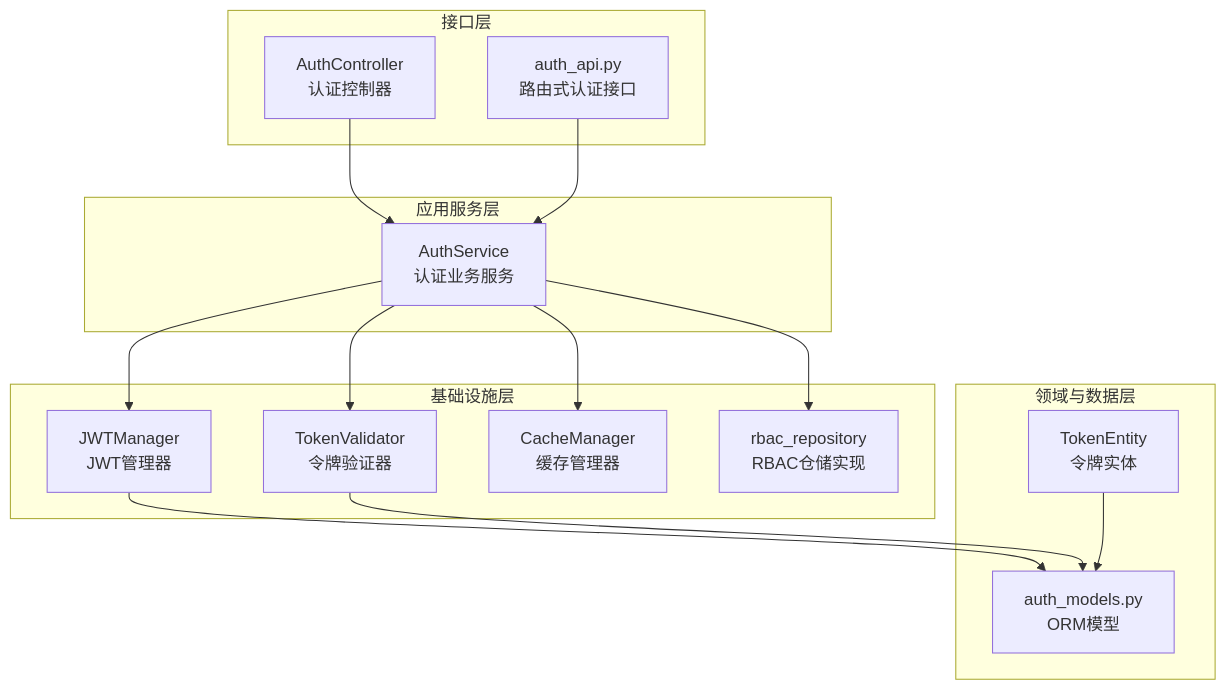
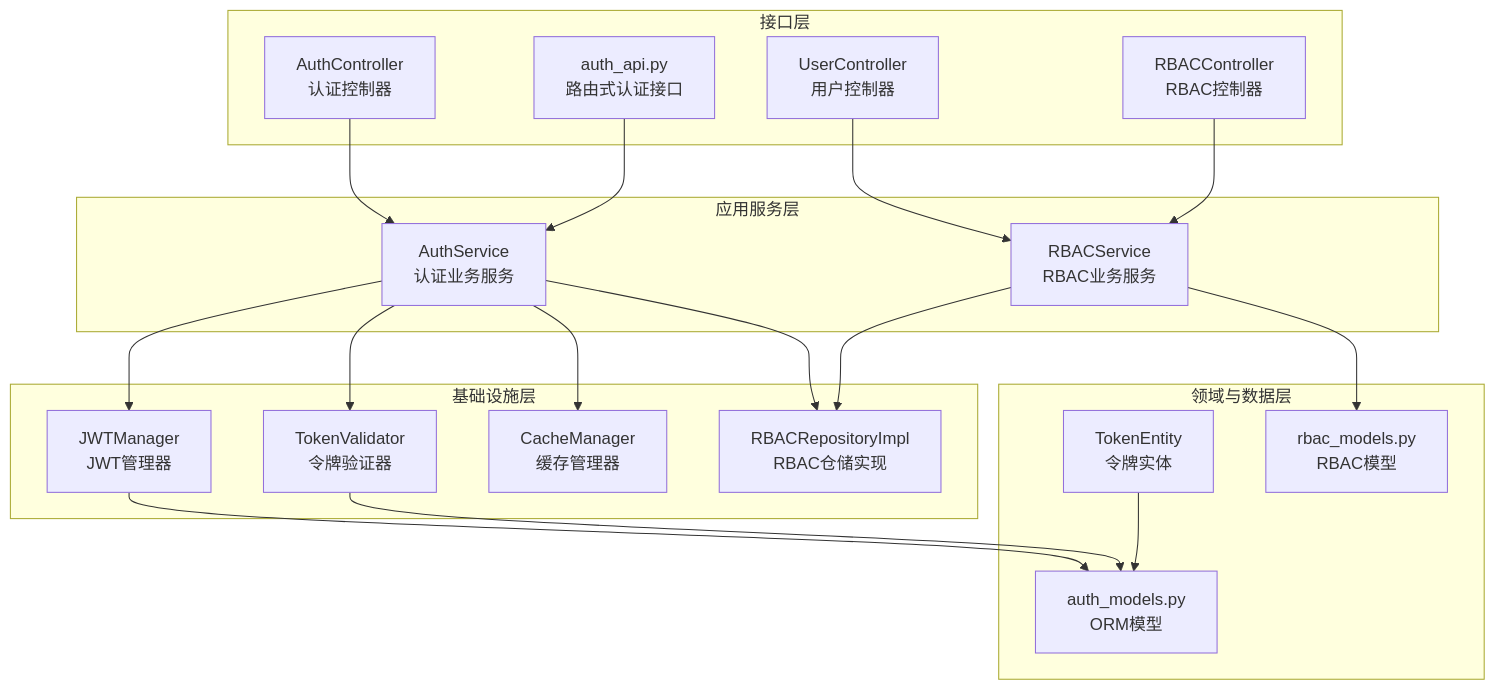
One commit to taoweidong/Hello-Django-Ninja-Api changed the first of 9 diagrams in .qoder/repowiki/zh/content/核心模块/认证系统.md. Above: the diagram before and after it, drawn with Mermaid. The commit also changed other lines of this file and 96 other files, not shown here.

````diff
--- a/.qoder/repowiki/zh/content/核心模块/认证系统.md
+++ b/.qoder/repowiki/zh/content/核心模块/认证系统.md
@@ -41,29 +53,37 @@
 ```mermaid
 graph TB
 subgraph "接口层"
 AC["AuthController<br/>认证控制器"]
 API["auth_api.py<br/>路由式认证接口"]
+UC["UserController<br/>用户控制器"]
+RC["RBACController<br/>RBAC控制器"]
 end
 subgraph "应用服务层"
 AS["AuthService<br/>认证业务服务"]
+RS["RBACService<br/>RBAC业务服务"]
 end
 subgraph "基础设施层"
 JM["JWTManager<br/>JWT管理器"]
 TV["TokenValidator<br/>令牌验证器"]
 CM["CacheManager<br/>缓存管理器"]
-RM["rbac_repository<br/>RBAC仓储实现"]
+RR["RBACRepositoryImpl<br/>RBAC仓储实现"]
 end
 subgraph "领域与数据层"
 TE["TokenEntity<br/>令牌实体"]
 AM["auth_models.py<br/>ORM模型"]
+PM["rbac_models.py<br/>RBAC模型"]
 end
 AC --> AS
 API --> AS
+UC --> RS
+RC --> RS
 AS --> JM
 AS --> TV
 AS --> CM
-AS --> RM
+AS --> RR
+RS --> RR
 JM --> AM
 TV --> AM
 TE --> AM
+RS --> PM
 ```
````
